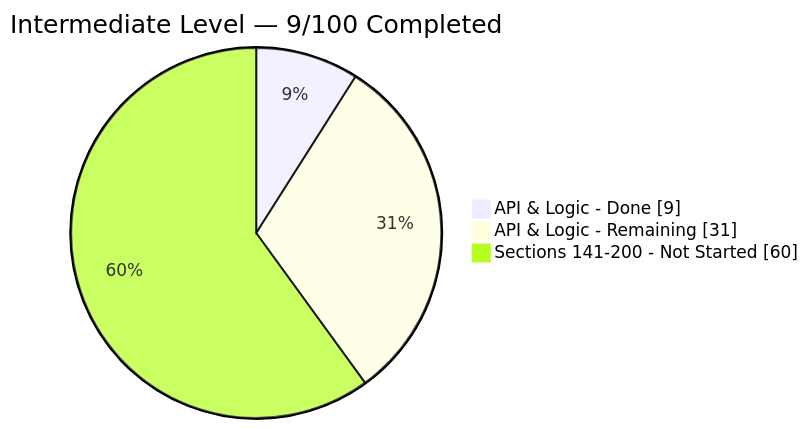
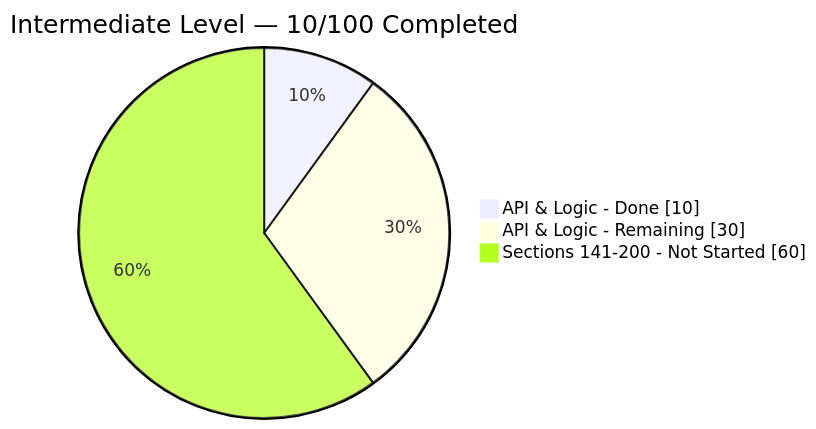
The diagram in Intermediate-Level/README.md (Debanga-06/Code-Odessey), drawn with Mermaid before and after one commit. The commit also changed other lines of this file and 2 other files, not shown here.

Commit message:
Add Project 110

````diff
--- a/Intermediate-Level/README.md
+++ b/Intermediate-Level/README.md
@@ -27,7 +27,7 @@
 ```mermaid
 pie showData
-    title Intermediate Level — 9/100 Completed
-    "API & Logic - Done" : 9
-    "API & Logic - Remaining" : 31
+    title Intermediate Level — 10/100 Completed
+    "API & Logic - Done" : 10
+    "API & Logic - Remaining" : 30
     "Sections 141-200 - Not Started" : 60
 ```
````
